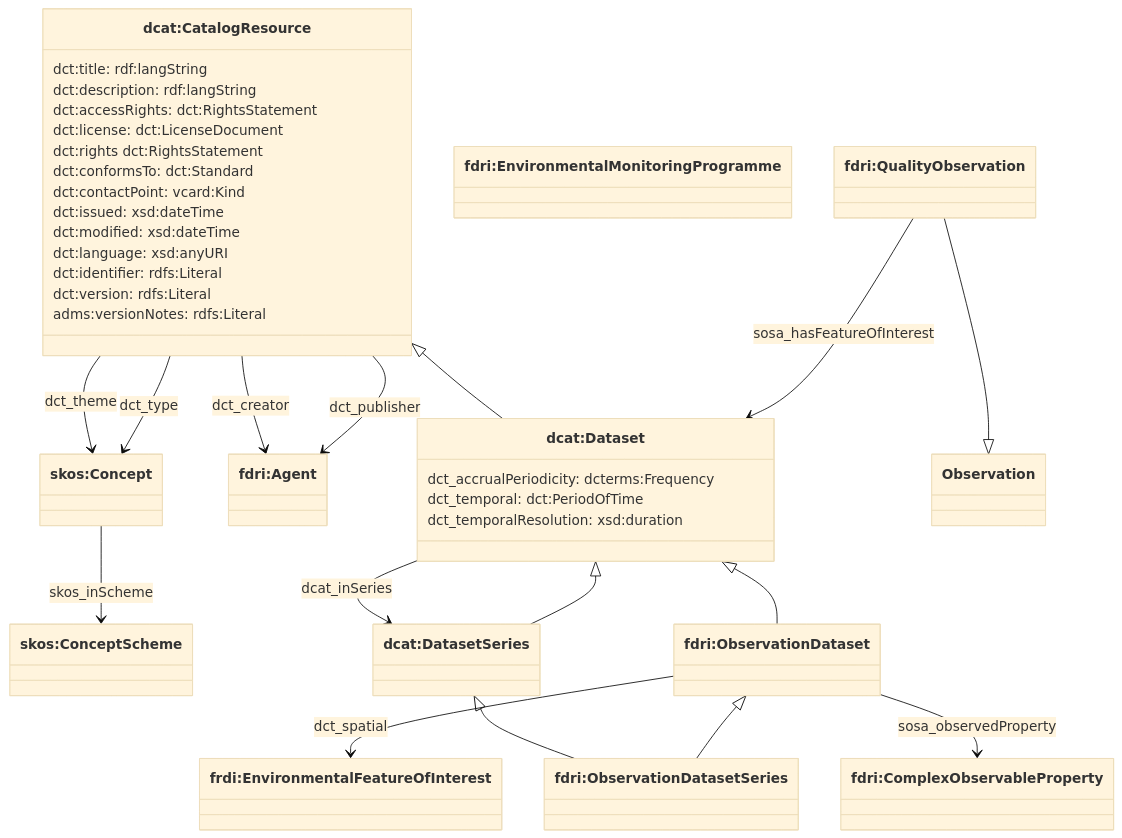
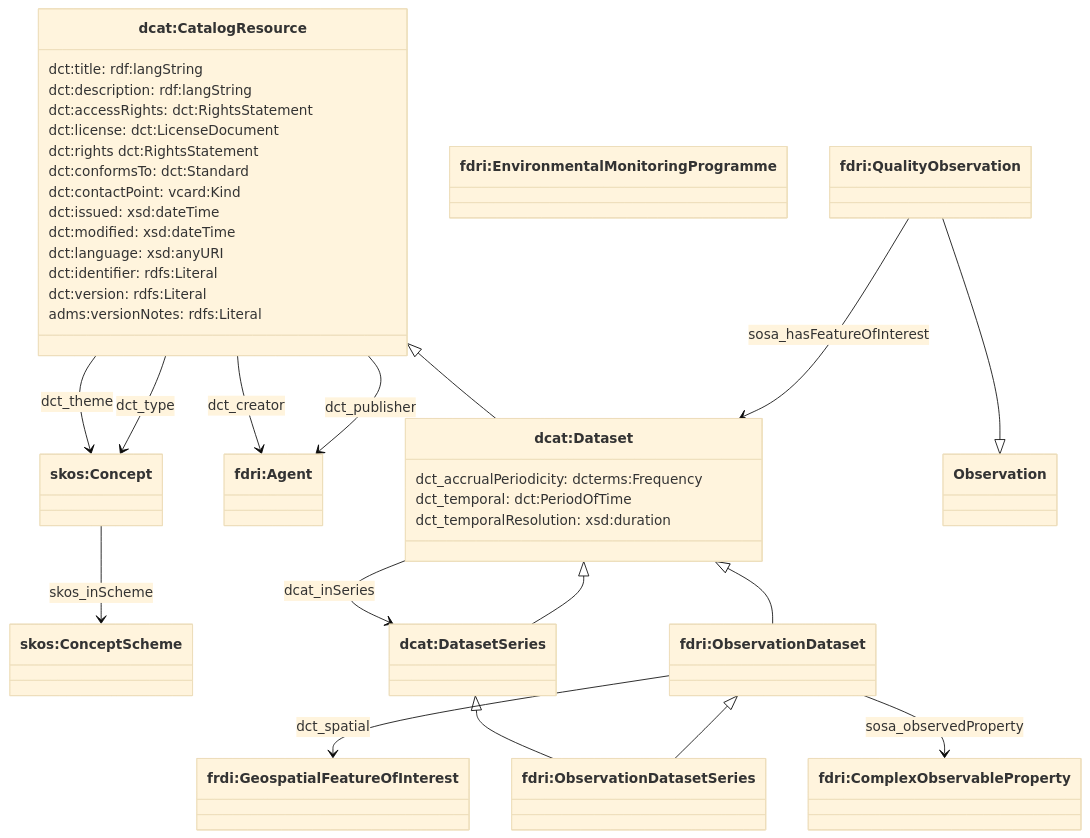
One commit to NERC-CEH/fdri-ontology changed the third of 3 diagrams in ontology/doc/high-level-catalog-structure.md. Above: the diagram before and after it, drawn with Mermaid (base theme). The commit also changed other lines of this file and 4 other files, not shown here.

Commit message:
Tidy up FoI and environmentalDomain usage * Update usage of environmentalDomain * Update geometry properties for GeospatialFeatureOfInterest (#34) * Make Environmental/GeospatialFeatureOfInterest usage consistent.

````diff
--- a/ontology/doc/high-level-catalog-structure.md
+++ b/ontology/doc/high-level-catalog-structure.md
@@ -111,54 +111,54 @@
 ```mermaid
   classDiagram
   class CatalogResource["dcat:CatalogResource"]
   class Concept["skos:Concept"]
   class ConceptScheme["skos:ConceptScheme"]
   class ObservedProperty["fdri:ComplexObservableProperty"]
   class Program["fdri:EnvironmentalMonitoringProgramme"]
   class Agent["fdri:Agent"]
-  class EnvironmentalFeatureOfInterest["frdi:EnvironmentalFeatureOfInterest"]
+  class GeospatialFeatureOfInterest["frdi:GeospatialFeatureOfInterest"]
   class QualityObservation["fdri:QualityObservation"]
   class Dataset["dcat:Dataset"]
   class ObservationDataset["fdri:ObservationDataset"]
   class ObservationDatasetSeries["fdri:ObservationDatasetSeries"]
   class DatasetSeries["dcat:DatasetSeries"]
   class Dataset {
     dct_accrualPeriodicity: dcterms:Frequency
     dct_temporal: dct:PeriodOfTime
     dct_temporalResolution: xsd:duration
   }
   class CatalogResource {
     dct:title: rdf:langString
     dct:description: rdf:langString
 
     dct:accessRights: dct:RightsStatement
     dct:license: dct:LicenseDocument
     dct:rights dct:RightsStatement
 
     dct:conformsTo: dct:Standard
     dct:contactPoint: vcard:Kind
     dct:issued: xsd:dateTime
     dct:modified: xsd:dateTime
     dct:language: xsd:anyURI
     dct:identifier: rdfs:Literal
 
     dct:version: rdfs:Literal
     adms:versionNotes: rdfs:Literal
   }
 
   CatalogResource <|-- Dataset
   Concept --> ConceptScheme: skos_inScheme
-  ObservationDataset --> EnvironmentalFeatureOfInterest : dct_spatial
+  ObservationDataset --> GeospatialFeatureOfInterest : dct_spatial
   Dataset <|-- ObservationDataset
   DatasetSeries <|-- ObservationDatasetSeries
   ObservationDataset <|-- ObservationDatasetSeries
   CatalogResource --> Concept: dct_theme
   ObservationDataset --> ObservedProperty: sosa_observedProperty
   CatalogResource --> Agent: dct_creator
   CatalogResource --> Agent: dct_publisher
   DatasetSeries --|> Dataset
   Dataset --> DatasetSeries: dcat_inSeries
   CatalogResource --> Concept: dct_type
   QualityObservation --|> Observation
   QualityObservation --> Dataset: sosa_hasFeatureOfInterest
 ```
````
